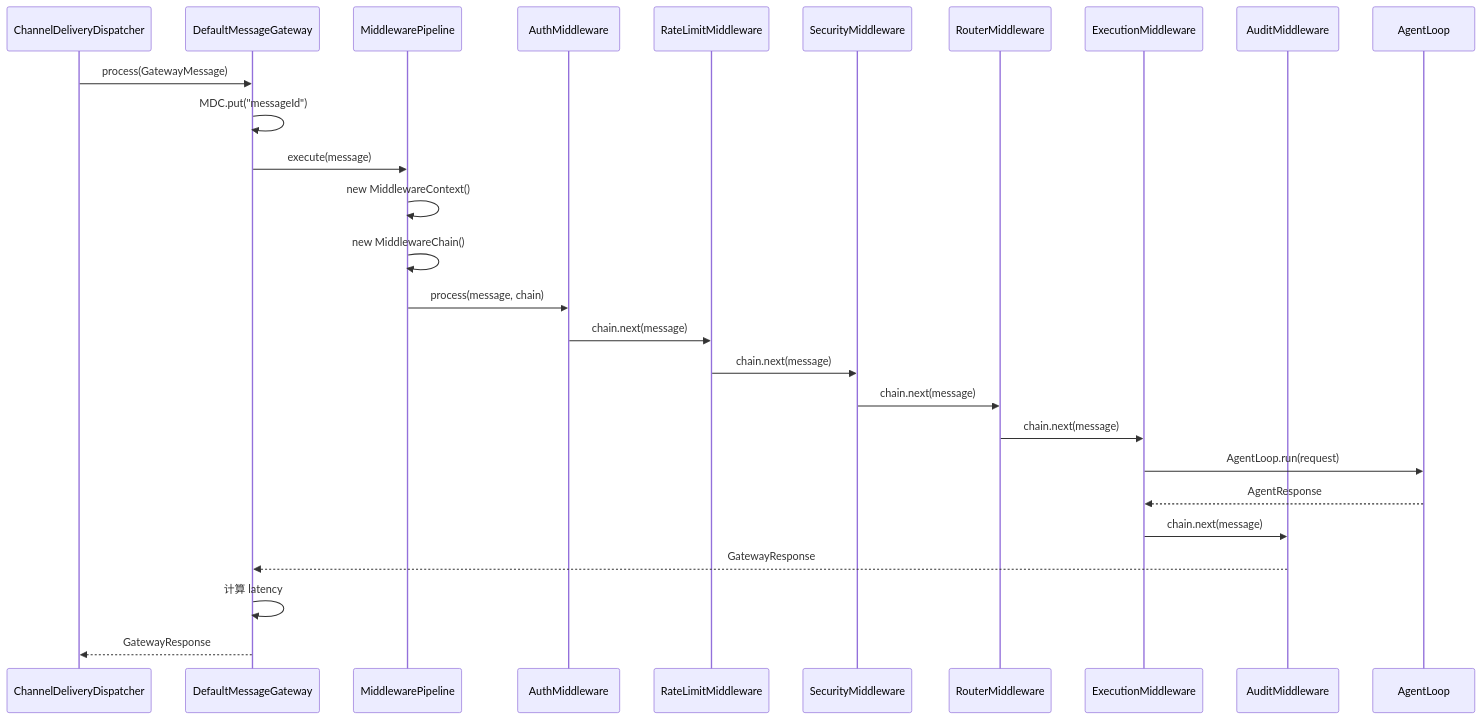
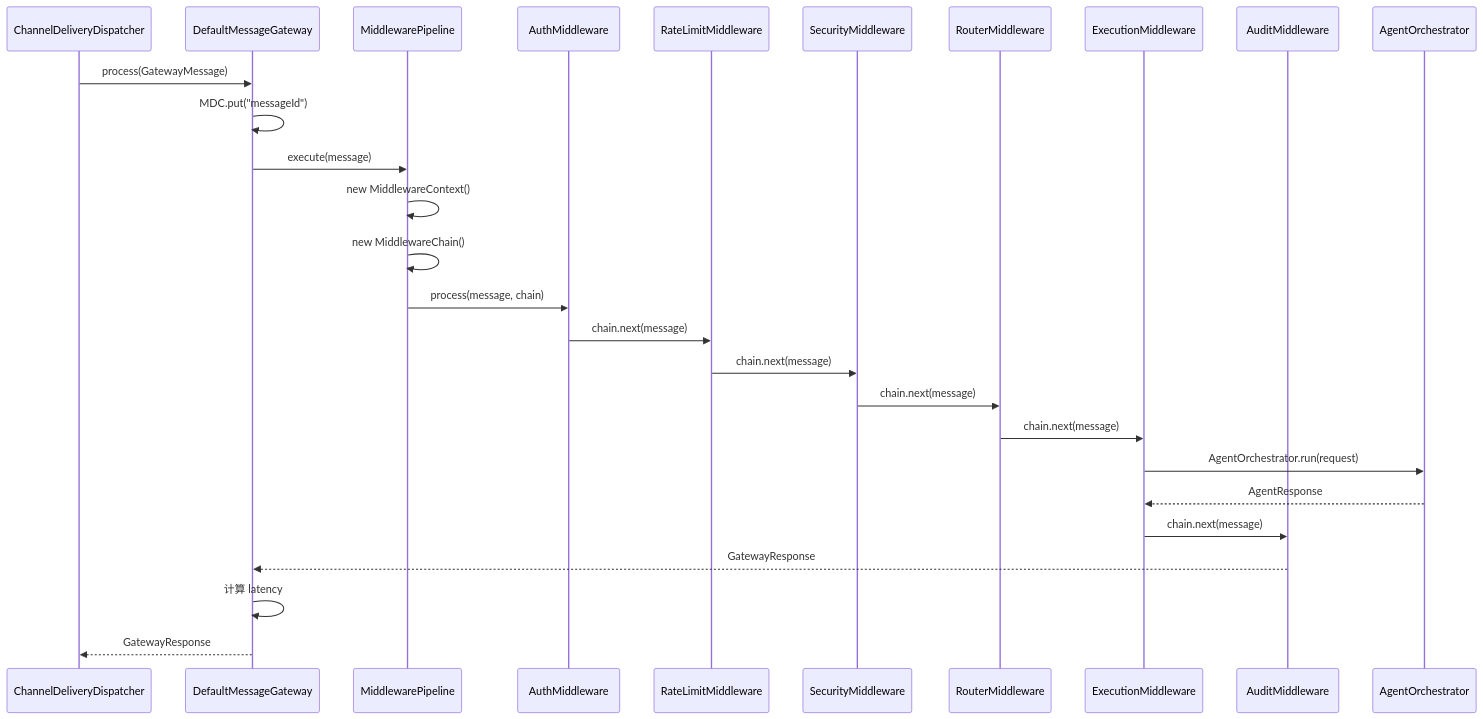
The second of 3 diagrams in docs/architecture/gateway-middleware.md (ntygod/LifePilot), drawn with Mermaid before and after one commit. The commit also changed other lines of this file and 14 other files, not shown here.

````diff
--- a/docs/architecture/gateway-middleware.md
+++ b/docs/architecture/gateway-middleware.md
@@ -129,30 +129,30 @@
 ```mermaid
 sequenceDiagram
     participant CH as ChannelDeliveryDispatcher
     participant GW as DefaultMessageGateway
     participant PP as MiddlewarePipeline
     participant AUTH as AuthMiddleware
     participant RL as RateLimitMiddleware
     participant SEC as SecurityMiddleware
     participant RT as RouterMiddleware
     participant EX as ExecutionMiddleware
     participant AD as AuditMiddleware
-    participant AL as AgentLoop
+    participant AL as AgentOrchestrator
 
     CH->>GW: process(GatewayMessage)
     GW->>GW: MDC.put("messageId")
     GW->>PP: execute(message)
     PP->>PP: new MiddlewareContext()
     PP->>PP: new MiddlewareChain()
     PP->>AUTH: process(message, chain)
     AUTH->>RL: chain.next(message)
     RL->>SEC: chain.next(message)
     SEC->>RT: chain.next(message)
     RT->>EX: chain.next(message)
-    EX->>AL: AgentLoop.run(request)
+    EX->>AL: AgentOrchestrator.run(request)
     AL-->>EX: AgentResponse
     EX->>AD: chain.next(message)
     AD-->>GW: GatewayResponse
     GW->>GW: 计算 latency
     GW-->>CH: GatewayResponse
 ```
````
